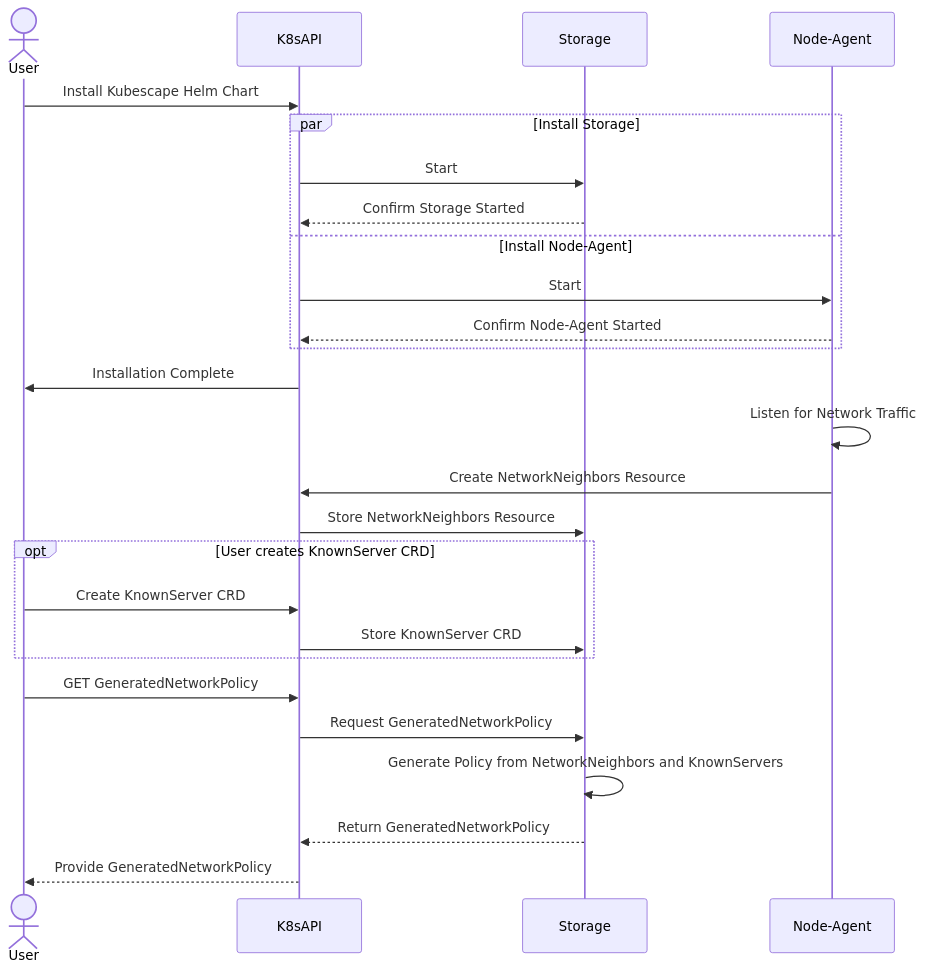
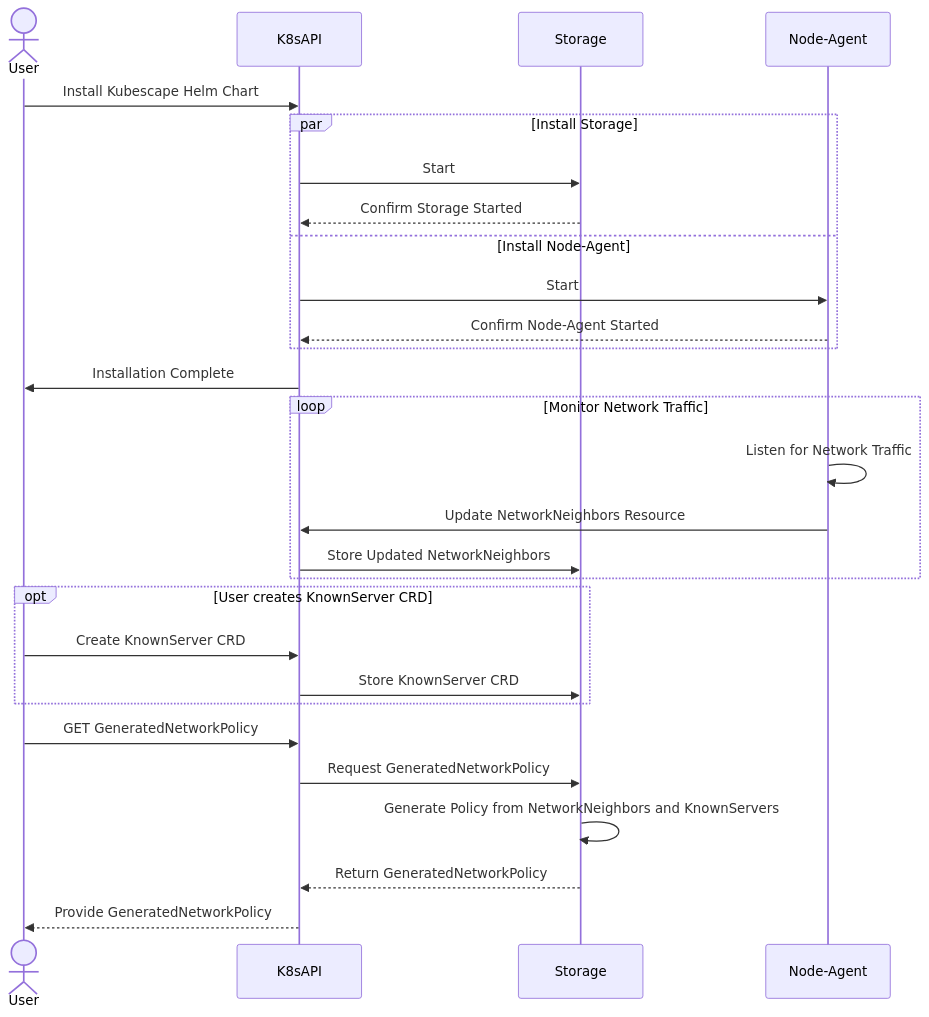
One commit to kubescape/helm-charts changed diagram 13 of 13 in charts/kubescape-operator/README.md. Above: the diagram before and after it, drawn with Mermaid. The commit also changed other lines of this file, not shown here.

````diff
--- a/charts/kubescape-operator/README.md
+++ b/charts/kubescape-operator/README.md
@@ -1005,36 +1005,38 @@
 ```mermaid
 sequenceDiagram
     actor u as User
     participant k8a as K8sAPI
     participant kss as Storage
     participant ksn as Node-Agent
 
     u ->> k8a: Install Kubescape Helm Chart
     par Install Storage
         k8a ->> kss: Start
         kss -->> k8a: Confirm Storage Started
     and Install Node-Agent
         k8a ->> ksn: Start
         ksn -->> k8a: Confirm Node-Agent Started
     end
     k8a ->> u: Installation Complete
 
-    %% Node-Agent listening for network traffic and creating NetworkNeighbors resource
-    ksn ->> ksn: Listen for Network Traffic
-    ksn ->> k8a: Create NetworkNeighbors Resource
-    k8a ->> kss: Store NetworkNeighbors Resource
+    %% Node-Agent continuously monitors network traffic and updates NetworkNeighbors
+    loop Monitor Network Traffic
+        ksn ->> ksn: Listen for Network Traffic
+        ksn ->> k8a: Update NetworkNeighbors Resource
+        k8a ->> kss: Store Updated NetworkNeighbors
+    end
 
     %% Optional scenario: User creates a 'KnownServer' CRD
     opt User creates KnownServer CRD
         u ->> k8a: Create KnownServer CRD
         k8a ->> kss: Store KnownServer CRD
     end
 
     %% User requests GeneratedNetworkPolicy CRD
     u ->> k8a: GET GeneratedNetworkPolicy
     k8a ->> kss: Request GeneratedNetworkPolicy
     kss ->> kss: Generate Policy from NetworkNeighbors and KnownServers
     kss -->> k8a: Return GeneratedNetworkPolicy
     k8a -->> u: Provide GeneratedNetworkPolicy
 
 ```
````
